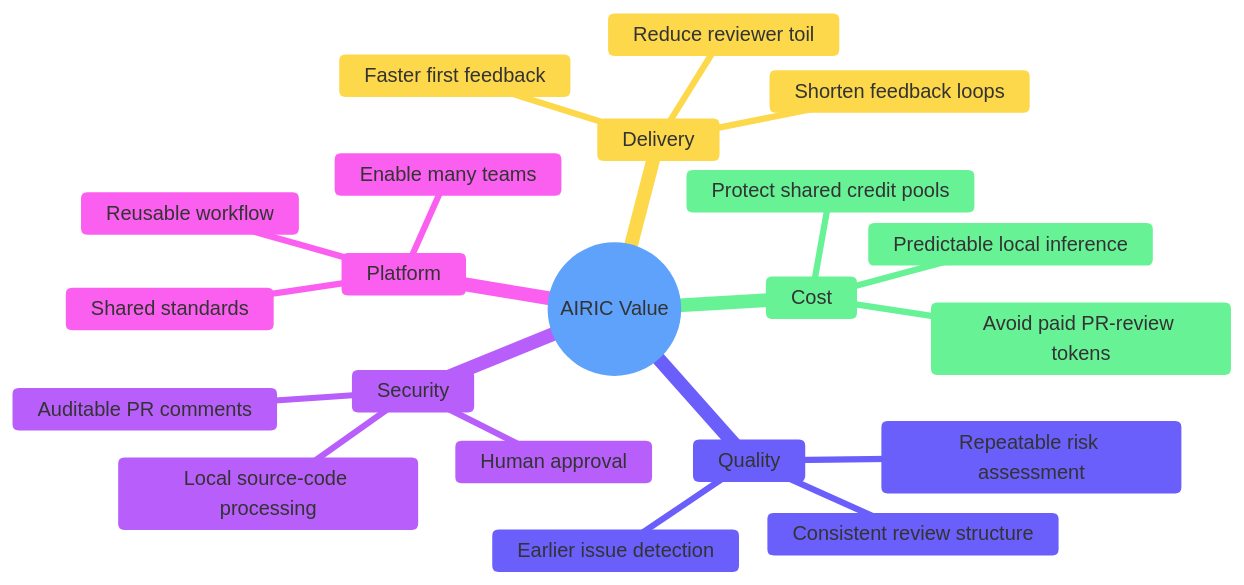
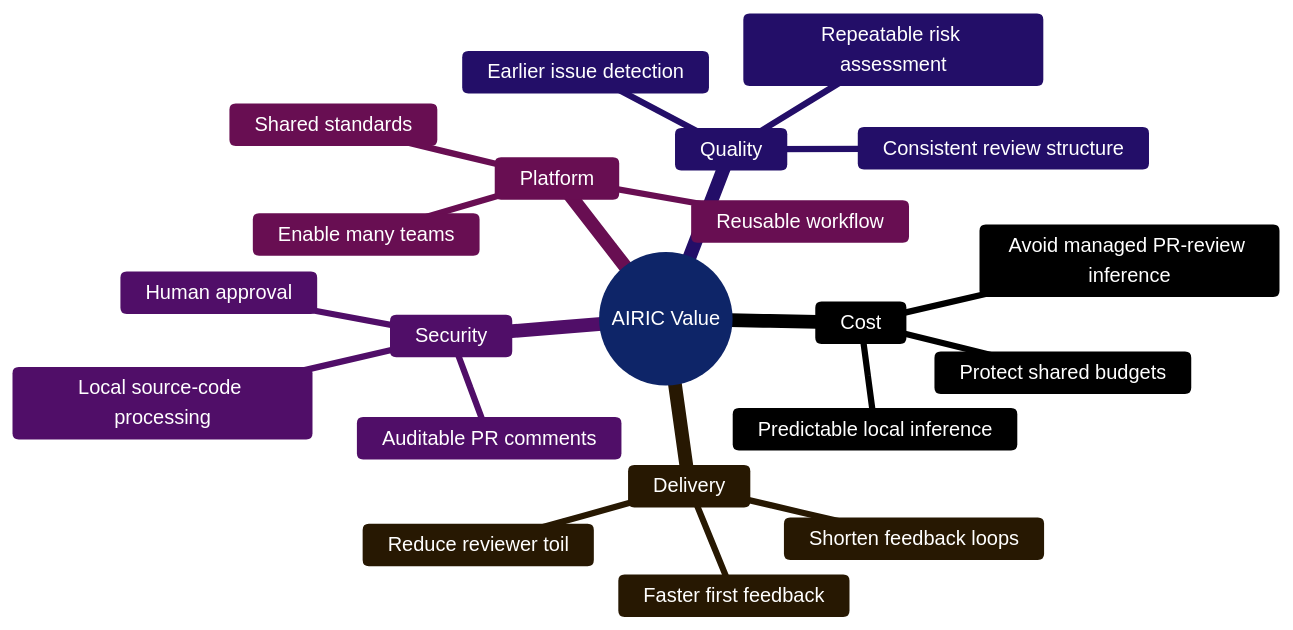
One commit to vinas1/docs changed the seventh of 8 diagrams in case-studies/AIRIC_Case_Study.md. Above: the diagram before and after it, drawn with Mermaid. The commit also changed other lines of this file and 1 other file, not shown here.

````diff
--- a/case-studies/AIRIC_Case_Study.md
+++ b/case-studies/AIRIC_Case_Study.md
@@ -483,35 +358,42 @@
 ```mermaid
 %%{init: {
   "theme": "base",
   "themeVariables": {
-    "primaryColor": "#dbeafe",
-    "primaryBorderColor": "#2563eb",
-    "lineColor": "#64748b",
-    "secondaryColor": "#dcfce7",
-    "tertiaryColor": "#fef3c7",
+    "background": "#0f172a",
+    "primaryColor": "#1d4ed8",
+    "primaryTextColor": "#ffffff",
+    "primaryBorderColor": "#93c5fd",
+    "secondaryColor": "#047857",
+    "secondaryTextColor": "#ffffff",
+    "secondaryBorderColor": "#6ee7b7",
+    "tertiaryColor": "#a16207",
+    "tertiaryTextColor": "#ffffff",
+    "tertiaryBorderColor": "#fde68a",
+    "lineColor": "#e2e8f0",
+    "textColor": "#ffffff",
     "fontFamily": "Segoe UI"
   }
 }}%%
 mindmap
   root((AIRIC Value))
     Cost
-      Avoid paid PR-review tokens
+      Avoid managed PR-review inference
       Predictable local inference
-      Protect shared credit pools
+      Protect shared budgets
     Delivery
       Faster first feedback
       Reduce reviewer toil
       Shorten feedback loops
     Quality
       Consistent review structure
       Earlier issue detection
       Repeatable risk assessment
     Security
       Local source-code processing
       Human approval
       Auditable PR comments
     Platform
       Reusable workflow
       Shared standards
       Enable many teams
 ```
````
